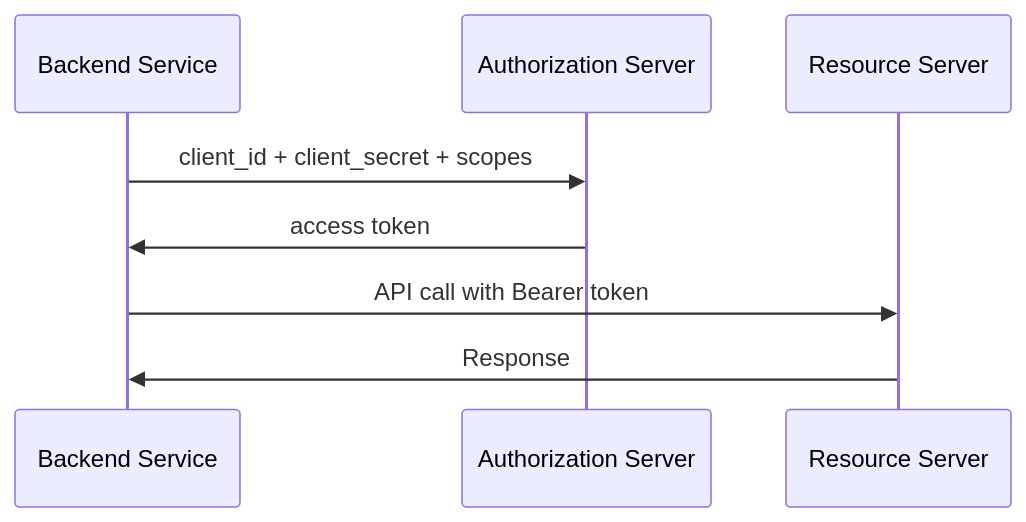
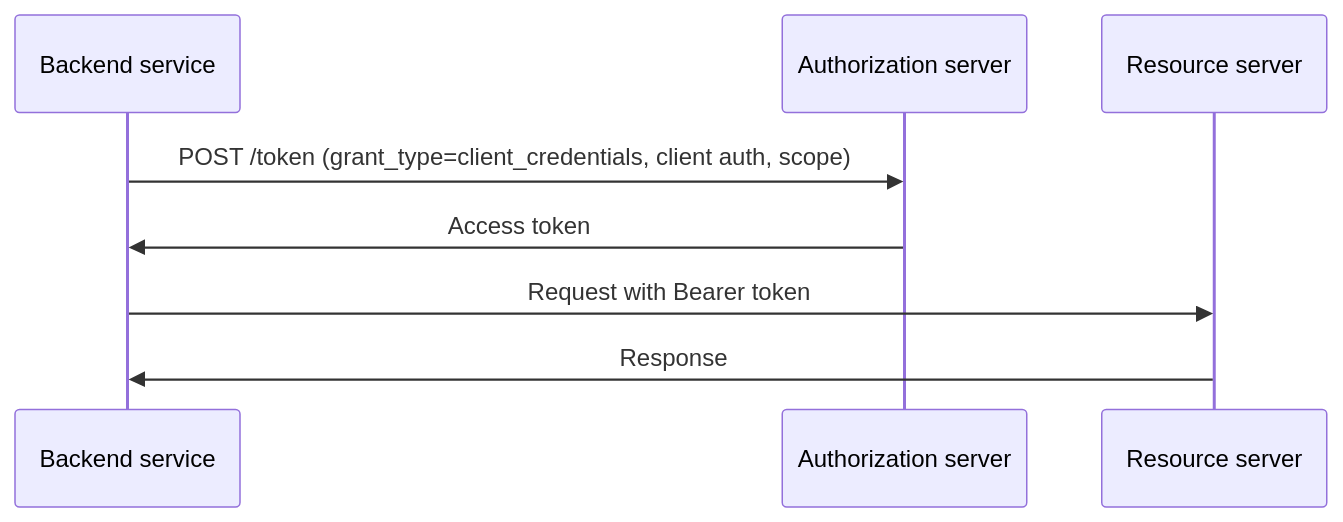
The third of 4 diagrams in advanced/01-oauth2.md (mohllal/system-design-interview-prep), drawn with Mermaid before and after one commit. The commit also changed other lines of this file and 6 other files, not shown here.

````diff
--- a/advanced/01-oauth2.md
+++ b/advanced/01-oauth2.md
@@ -116,11 +148,11 @@
 ```mermaid
 sequenceDiagram
-    participant S as Backend Service
-    participant AS as Authorization Server
-    participant RS as Resource Server
+    participant S as Backend service
+    participant AS as Authorization server
+    participant RS as Resource server
 
-    S->>AS: client_id + client_secret + scopes
-    AS->>S: access token
-    S->>RS: API call with Bearer token
+    S->>AS: POST /token (grant_type=client_credentials, client auth, scope)
+    AS->>S: Access token
+    S->>RS: Request with Bearer token
     RS->>S: Response
 ```
````
